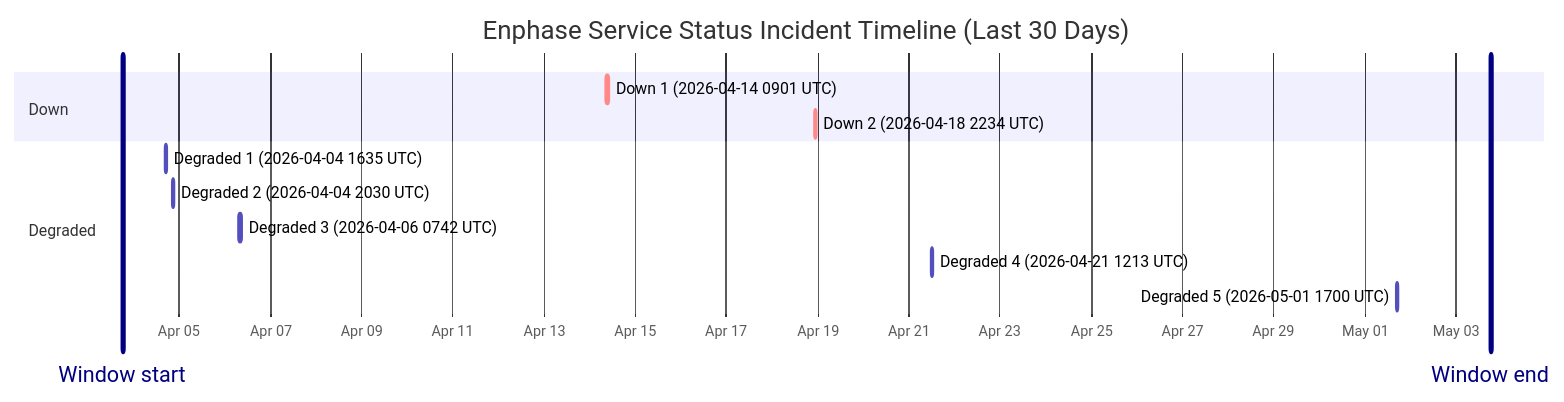
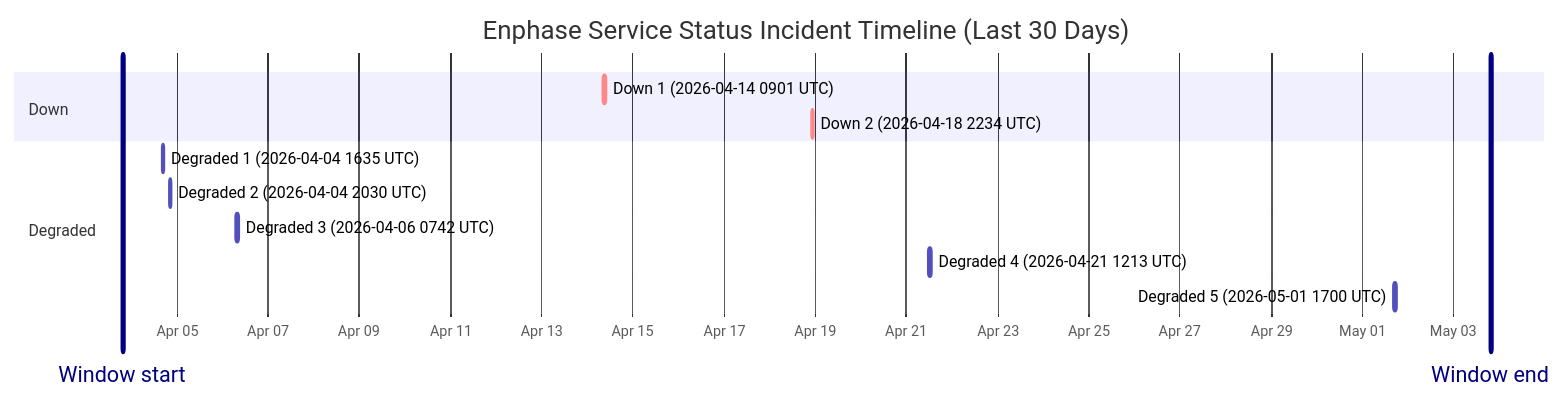
Before and after one commit to barneyonline/ha-enphase-ev-charger: the diagram in wiki/Service-Status-History.md, drawn with Mermaid. The commit also changed other lines of this file and 3 other files, not shown here.

````diff
--- a/wiki/Service-Status-History.md
+++ b/wiki/Service-Status-History.md
@@ -14,17 +14,17 @@
 ```mermaid
 gantt
     title Enphase Service Status Incident Timeline (Last 30 Days)
     dateFormat  YYYY-MM-DDTHH:mm:ss
     axisFormat  %b %d
-    Window start :vert, window-start, 2026-04-03T18:09:55, 0ms
-    Window end :vert, window-end, 2026-05-03T18:09:55, 0ms
+    Window start :vert, window-start, 2026-04-03T19:32:57, 0ms
+    Window end :vert, window-end, 2026-05-03T19:32:57, 0ms
     section Down
     Down 1 (2026-04-14 0901 UTC) :crit, down-1, 2026-04-14T09:01:13, 60m
     Down 2 (2026-04-18 2234 UTC) :crit, down-2, 2026-04-18T22:34:13, 60m
     section Degraded
     Degraded 1 (2026-04-04 1635 UTC) :active, degraded-1, 2026-04-04T16:35:17, 60m
     Degraded 2 (2026-04-04 2030 UTC) :active, degraded-2, 2026-04-04T20:30:40, 60m
     Degraded 3 (2026-04-06 0742 UTC) :active, degraded-3, 2026-04-06T07:42:09, 85m
     Degraded 4 (2026-04-21 1213 UTC) :active, degraded-4, 2026-04-21T12:13:11, 60m
     Degraded 5 (2026-05-01 1700 UTC) :active, degraded-5, 2026-05-01T17:00:22, 60m
 ```
````
